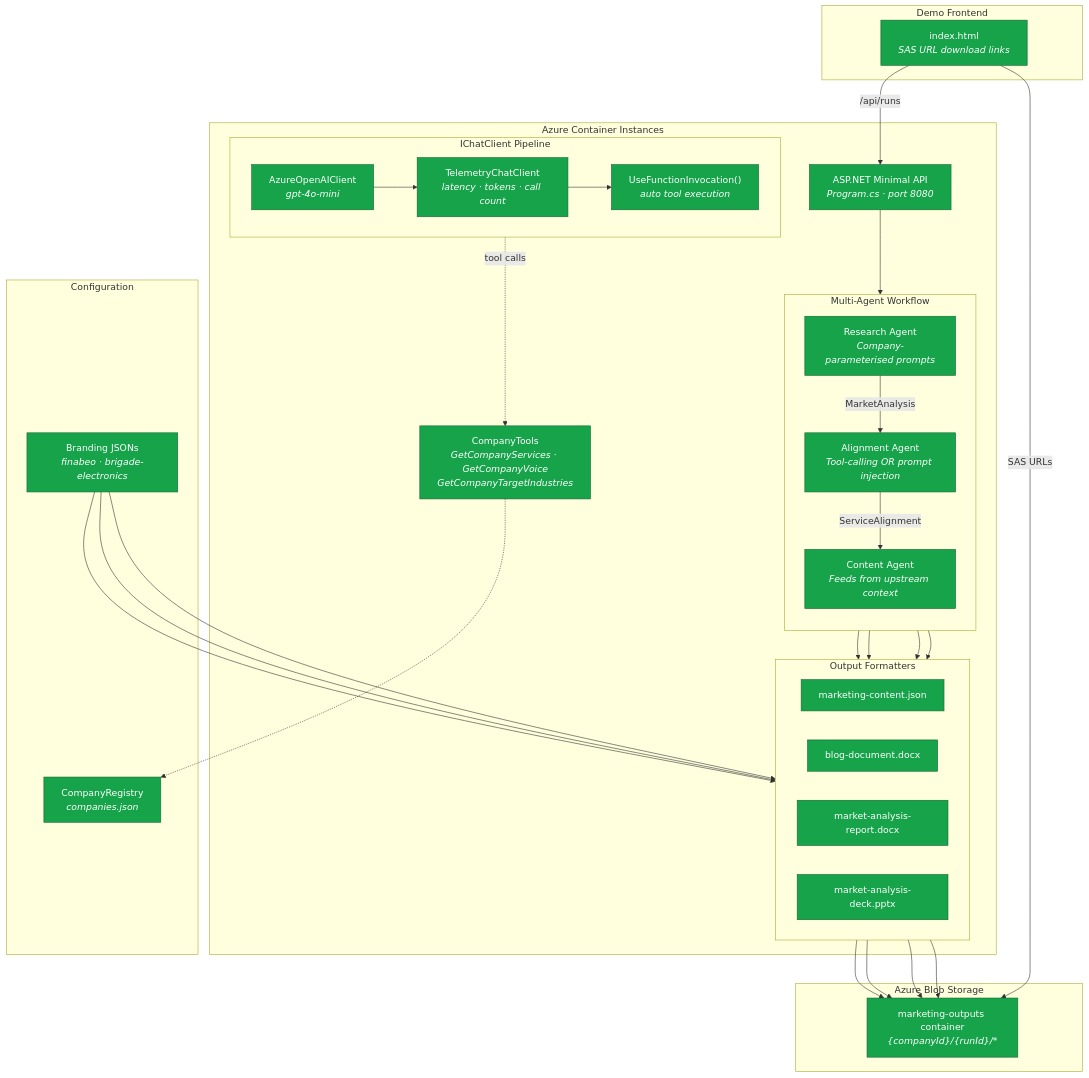
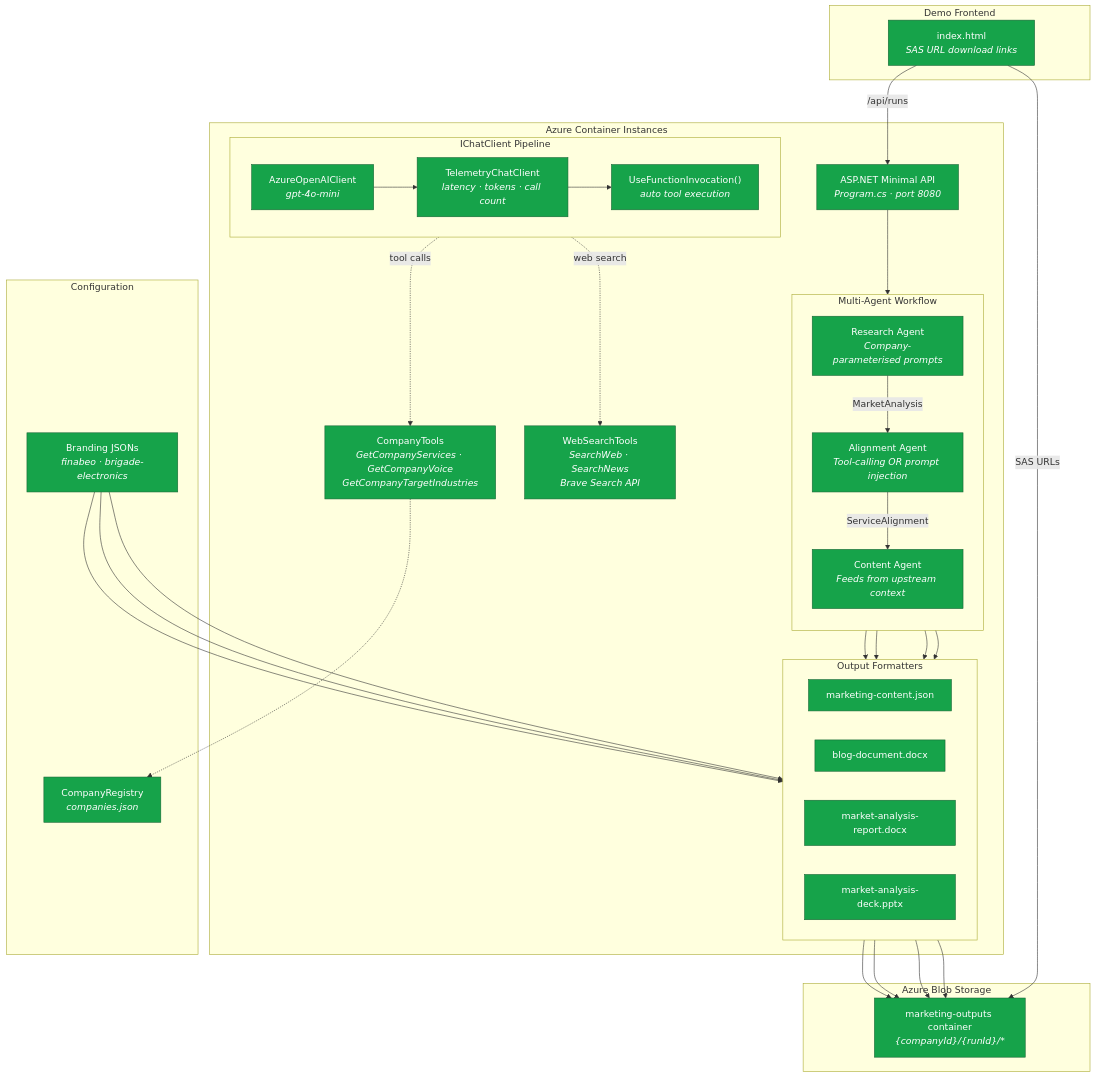
Before and after one commit to mondweep/vibe-cast: the first of 2 diagrams in README.md, drawn with Mermaid. The commit also changed other lines of this file, not shown here.

First line of the commit message:
docs: README status update — middleware, web search, edges remaining

````diff
--- a/README.md
+++ b/README.md
@@ -7,61 +7,63 @@
 ```mermaid
 graph TB
     subgraph "Azure Container Instances"
         API["ASP.NET Minimal API<br/><i>Program.cs · port 8080</i>"]
 
         subgraph "IChatClient Pipeline"
             direction LR
             RAW["AzureOpenAIClient<br/><i>gpt-4o-mini</i>"]
             TEL["TelemetryChatClient<br/><i>latency · tokens · call count</i>"]
             FI["UseFunctionInvocation()<br/><i>auto tool execution</i>"]
             RAW --> TEL --> FI
         end
 
         subgraph "Multi-Agent Workflow"
             direction TB
             RES["Research Agent<br/><i>Company-parameterised prompts</i>"]
             ALN["Alignment Agent<br/><i>Tool-calling OR prompt injection</i>"]
             CON["Content Agent<br/><i>Feeds from upstream context</i>"]
             RES -->|"MarketAnalysis"| ALN
             ALN -->|"ServiceAlignment"| CON
         end
 
         subgraph "Output Formatters"
             direction LR
             JSON["marketing-content.json"]
             DOCX1["blog-document.docx"]
             DOCX2["market-analysis-report.docx"]
             PPTX["market-analysis-deck.pptx"]
         end
 
         TOOLS["CompanyTools<br/><i>GetCompanyServices · GetCompanyVoice<br/>GetCompanyTargetIndustries</i>"]
+        SEARCH["WebSearchTools<br/><i>SearchWeb · SearchNews<br/>Brave Search API</i>"]
     end
 
     subgraph "Configuration"
         REG["CompanyRegistry<br/><i>companies.json</i>"]
         BF["Branding JSONs<br/><i>finabeo · brigade-electronics</i>"]
     end
 
     subgraph "Azure Blob Storage"
         BLOB["marketing-outputs container<br/><i>{companyId}/{runId}/*</i>"]
     end
 
     subgraph "Demo Frontend"
         UI["index.html<br/><i>SAS URL download links</i>"]
     end
 
     API --> RES
     FI -.->|"tool calls"| TOOLS
+    FI -.->|"web search"| SEARCH
     TOOLS -.-> REG
     CON --> JSON & DOCX1 & DOCX2 & PPTX
     JSON & DOCX1 & DOCX2 & PPTX --> BLOB
     BF --> DOCX1 & DOCX2 & PPTX
     UI -->|"/api/runs"| API
     UI -->|"SAS URLs"| BLOB
 
     classDef validated fill:#16a34a,stroke:#166534,color:#fff
     classDef explored fill:#2563eb,stroke:#1e40af,color:#fff
     classDef pending fill:#6b7280,stroke:#4b5563,color:#fff
 
-    class RES,ALN,CON,API,JSON,DOCX1,DOCX2,PPTX,BLOB,UI,REG,BF,RAW,TEL,FI,TOOLS validated
+    class RES,ALN,CON,API,JSON,DOCX1,DOCX2,PPTX,BLOB,UI,REG,BF,RAW,TEL,FI,TOOLS,SEARCH validated
 ```
````
